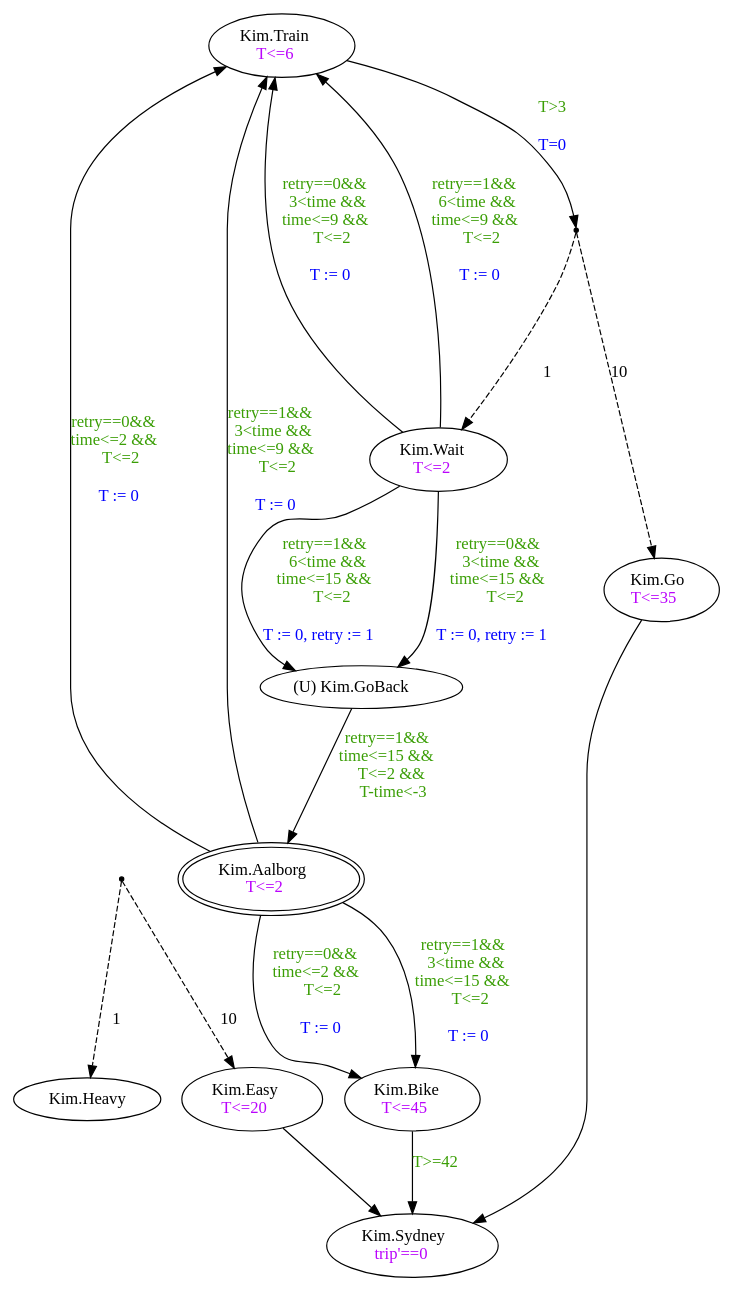
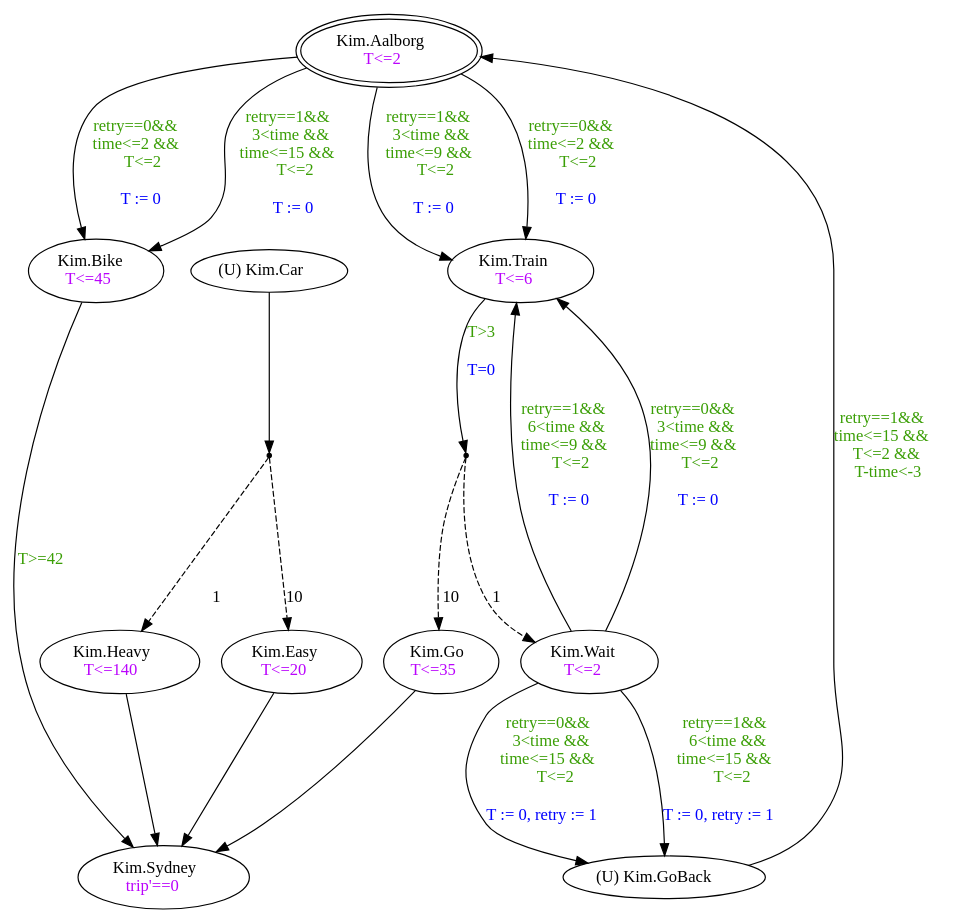
One commit to LesLivia/StrategyViz changed the diagram in resources/ptas/gosafe.gv. Above: the diagram before and after it, drawn with Graphviz. The commit also changed 8 other files, not shown here.

```diff
--- a/resources/ptas/gosafe.gv
+++ b/resources/ptas/gosafe.gv
@@ -1,29 +1,33 @@
 digraph gosafe {
+	"Kim.Aalborg" [label=<Kim.Aalborg<BR/><font color='#ba03fc'>T&lt;=2</font>> peripheries=2]
+	"Kim.Bike" [label=<Kim.Bike<BR/><font color='#ba03fc'>T&lt;=45</font>>]
 	"Kim.Train" [label=<Kim.Train<BR/><font color='#ba03fc'>T&lt;=6</font>>]
-	"Kim.Easy" [label=<Kim.Easy<BR/><font color='#ba03fc'>T&lt;=20</font>>]
-	"Kim.Bike" [label=<Kim.Bike<BR/><font color='#ba03fc'>T&lt;=45</font>>]
 	"Kim.Sydney" [label=<Kim.Sydney<BR/><font color='#ba03fc'>trip'==0</font>>]
 	"Kim.GoBack" [label=<(U) Kim.GoBack<BR/>>]
-	"Kim.Aalborg" [label=<Kim.Aalborg<BR/><font color='#ba03fc'>T&lt;=2</font>> peripheries=2]
+	"Kim.Heavy" [label=<Kim.Heavy<BR/><font color='#ba03fc'>T&lt;=140</font>>]
 	"Kim.Go" [label=<Kim.Go<BR/><font color='#ba03fc'>T&lt;=35</font>>]
 	"Kim.Wait" [label=<Kim.Wait<BR/><font color='#ba03fc'>T&lt;=2</font>>]
+	"Kim.Easy" [label=<Kim.Easy<BR/><font color='#ba03fc'>T&lt;=20</font>>]
+	"Kim.Car" [label=<(U) Kim.Car<BR/>>]
+	"Kim.Aalborg" -> "Kim.Train" [label=<<font color='#3a9e05'>retry==0&amp;&amp;<BR/>time&lt;=2 &amp;&amp;<BR/>T&lt;=2</font><BR/><BR/><font color='blue'> T := 0<BR/></font>>]
+	"Kim.Bike" -> "Kim.Sydney" [label=<<font color='#3a9e05'>T&gt;=42</font><BR/><BR/>>]
+	"Kim.Go" -> "Kim.Sydney" [label=<<BR/><BR/>>]
+	"Kim.Wait" -> "Kim.Train" [label=<<font color='#3a9e05'>retry==0&amp;&amp;<BR/>3&lt;time &amp;&amp;<BR/>time&lt;=9 &amp;&amp;<BR/>T&lt;=2</font><BR/><BR/><font color='blue'> T := 0<BR/></font>>]
+	id11 -> "Kim.Easy" [label=<<BR/><BR/><BR/>10> style=dashed]
+	"Kim.Aalborg" -> "Kim.Bike" [label=<<font color='#3a9e05'>retry==1&amp;&amp;<BR/>3&lt;time &amp;&amp;<BR/>time&lt;=15 &amp;&amp;<BR/>T&lt;=2</font><BR/><BR/><font color='blue'> T := 0<BR/></font>>]
+	id10 -> "Kim.Wait" [label=<<BR/><BR/><BR/>1> style=dashed]
+	id11 -> "Kim.Heavy" [label=<<BR/><BR/><BR/>1> style=dashed]
+	id10 -> "Kim.Go" [label=<<BR/><BR/><BR/>10> style=dashed]
+	"Kim.Train" -> id10 [label=<<font color='#3a9e05'>T&gt;3</font><BR/><BR/><font color='blue'>T=0</font>>]
+	"Kim.Aalborg" -> "Kim.Train" [label=<<font color='#3a9e05'>retry==1&amp;&amp;<BR/>3&lt;time &amp;&amp;<BR/>time&lt;=9 &amp;&amp;<BR/>T&lt;=2</font><BR/><BR/><font color='blue'> T := 0<BR/></font>>]
+	"Kim.Heavy" -> "Kim.Sydney" [label=<<BR/><BR/>>]
+	"Kim.GoBack" -> "Kim.Aalborg" [label=<<font color='#3a9e05'>retry==1&amp;&amp;<BR/>time&lt;=15 &amp;&amp;<BR/>T&lt;=2 &amp;&amp;<BR/>T-time&lt;-3</font><BR/><BR/>>]
 	"Kim.Wait" -> "Kim.GoBack" [label=<<font color='#3a9e05'>retry==0&amp;&amp;<BR/>3&lt;time &amp;&amp;<BR/>time&lt;=15 &amp;&amp;<BR/>T&lt;=2</font><BR/><BR/><font color='blue'> T := 0, retry := 1<BR/></font>>]
+	"Kim.Easy" -> "Kim.Sydney" [label=<<BR/><BR/>>]
 	"Kim.Wait" -> "Kim.Train" [label=<<font color='#3a9e05'>retry==1&amp;&amp;<BR/>6&lt;time &amp;&amp;<BR/>time&lt;=9 &amp;&amp;<BR/>T&lt;=2</font><BR/><BR/><font color='blue'> T := 0<BR/></font>>]
 	"Kim.Aalborg" -> "Kim.Bike" [label=<<font color='#3a9e05'>retry==0&amp;&amp;<BR/>time&lt;=2 &amp;&amp;<BR/>T&lt;=2</font><BR/><BR/><font color='blue'> T := 0<BR/></font>>]
-	"Kim.Wait" -> "Kim.Train" [label=<<font color='#3a9e05'>retry==0&amp;&amp;<BR/>3&lt;time &amp;&amp;<BR/>time&lt;=9 &amp;&amp;<BR/>T&lt;=2</font><BR/><BR/><font color='blue'> T := 0<BR/></font>>]
-	id10 -> "Kim.Go" [label=<<BR/><BR/><BR/>10> style=dashed]
-	"Kim.Aalborg" -> "Kim.Train" [label=<<font color='#3a9e05'>retry==1&amp;&amp;<BR/>3&lt;time &amp;&amp;<BR/>time&lt;=9 &amp;&amp;<BR/>T&lt;=2</font><BR/><BR/><font color='blue'> T := 0<BR/></font>>]
-	"Kim.Easy" -> "Kim.Sydney" [label=<<BR/><BR/>>]
 	"Kim.Wait" -> "Kim.GoBack" [label=<<font color='#3a9e05'>retry==1&amp;&amp;<BR/>6&lt;time &amp;&amp;<BR/>time&lt;=15 &amp;&amp;<BR/>T&lt;=2</font><BR/><BR/><font color='blue'> T := 0, retry := 1<BR/></font>>]
-	"Kim.Train" -> id10 [label=<<font color='#3a9e05'>T&gt;3</font><BR/><BR/><font color='blue'>T=0</font>>]
-	"Kim.GoBack" -> "Kim.Aalborg" [label=<<font color='#3a9e05'>retry==1&amp;&amp;<BR/>time&lt;=15 &amp;&amp;<BR/>T&lt;=2 &amp;&amp;<BR/>T-time&lt;-3</font><BR/><BR/>>]
-	"Kim.Go" -> "Kim.Sydney" [label=<<BR/><BR/>>]
-	"Kim.Aalborg" -> "Kim.Train" [label=<<font color='#3a9e05'>retry==0&amp;&amp;<BR/>time&lt;=2 &amp;&amp;<BR/>T&lt;=2</font><BR/><BR/><font color='blue'> T := 0<BR/></font>>]
-	id11 -> "Kim.Easy" [label=<<BR/><BR/><BR/>10> style=dashed]
-	"Kim.Aalborg" -> "Kim.Bike" [label=<<font color='#3a9e05'>retry==1&amp;&amp;<BR/>3&lt;time &amp;&amp;<BR/>time&lt;=15 &amp;&amp;<BR/>T&lt;=2</font><BR/><BR/><font color='blue'> T := 0<BR/></font>>]
-	"Kim.Bike" -> "Kim.Sydney" [label=<<font color='#3a9e05'>T&gt;=42</font><BR/><BR/>>]
-	id10 -> "Kim.Wait" [label=<<BR/><BR/><BR/>1> style=dashed]
-	id11 -> "Kim.Heavy" [label=<<BR/><BR/><BR/>1> style=dashed]
+	"Kim.Car" -> id11 [label=<<BR/><BR/>>]
 	id10 [shape=point]
 	id11 [shape=point]
 }
```
